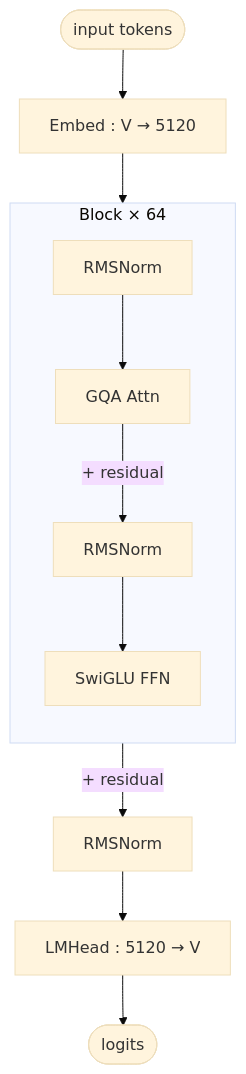
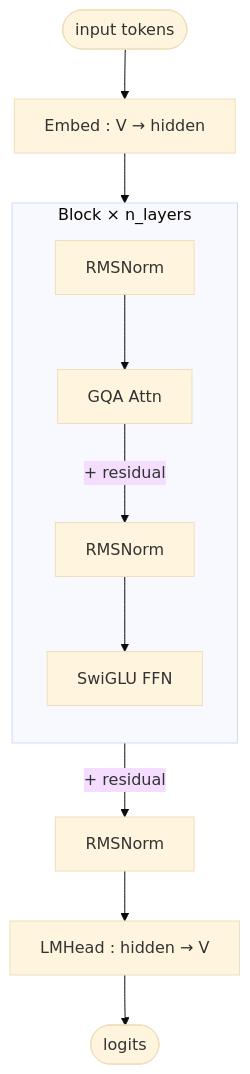
One commit to Atlas-Ascend-Fork/cannbot-knowledge changed the second of 2 diagrams in knowledge/model/inference/concepts/models/qwen_dense.md. Above: the diagram before and after it, drawn with Mermaid (base theme). The commit also changed other lines of this file and 441 other files, not shown here.

````diff
--- a/knowledge/model/inference/concepts/models/qwen_dense.md
+++ b/knowledge/model/inference/concepts/models/qwen_dense.md
@@ -65,21 +70,21 @@
 ```mermaid
 flowchart TD
     in([input tokens])
-    in --> embed["Embed : V → 5120"]
+    in --> embed["Embed : V → hidden"]
 
-    subgraph block ["Block × 64"]
+    subgraph block ["Block × n_layers"]
         direction TB
         n1[RMSNorm]
         attn[GQA Attn]
         n2[RMSNorm]
         ffn[SwiGLU FFN]
         n1 --> attn
         attn -->|+ residual| n2
         n2 --> ffn
     end
 
     embed --> n1
     ffn -->|+ residual| fnorm[RMSNorm]
-    fnorm --> head["LMHead : 5120 → V"]
+    fnorm --> head["LMHead : hidden → V"]
     head --> logits([logits])
 ```
````
